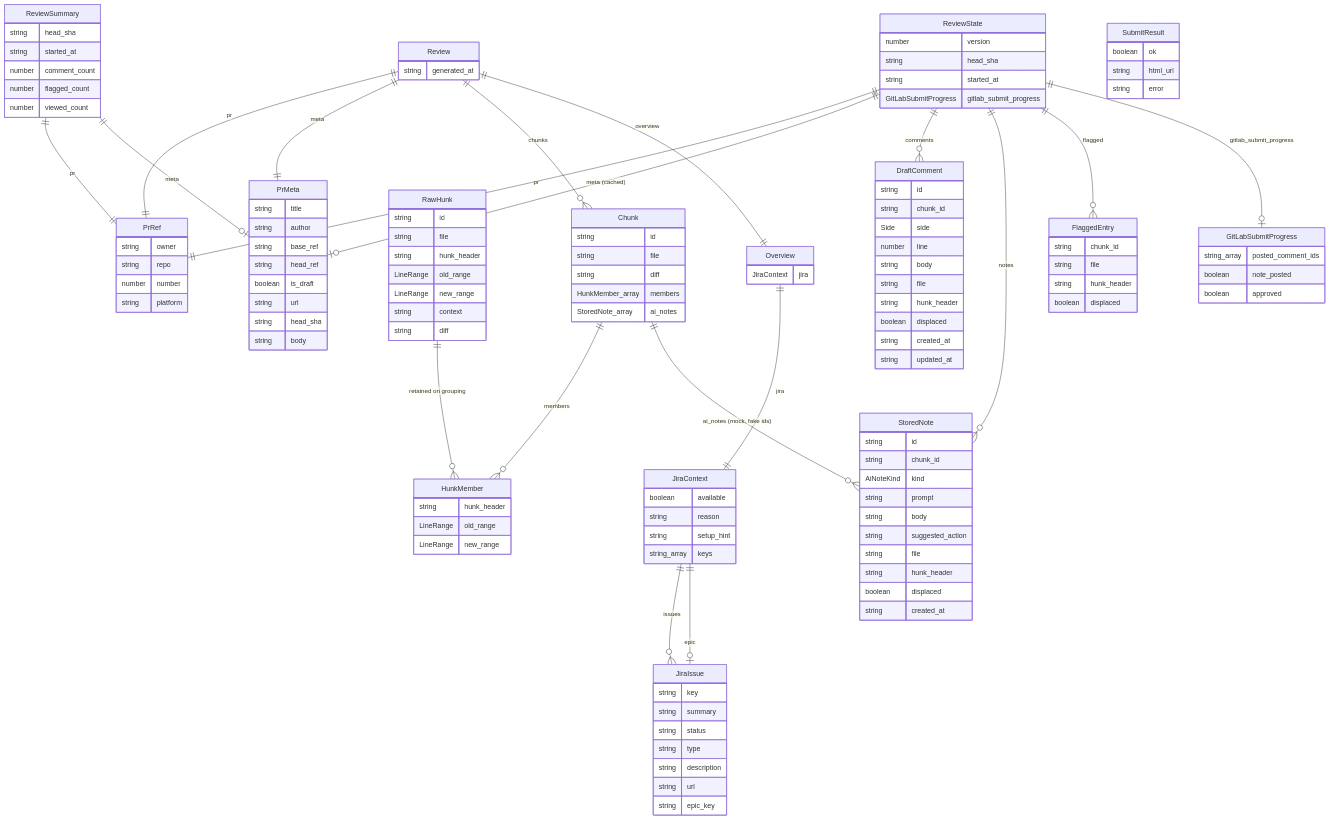
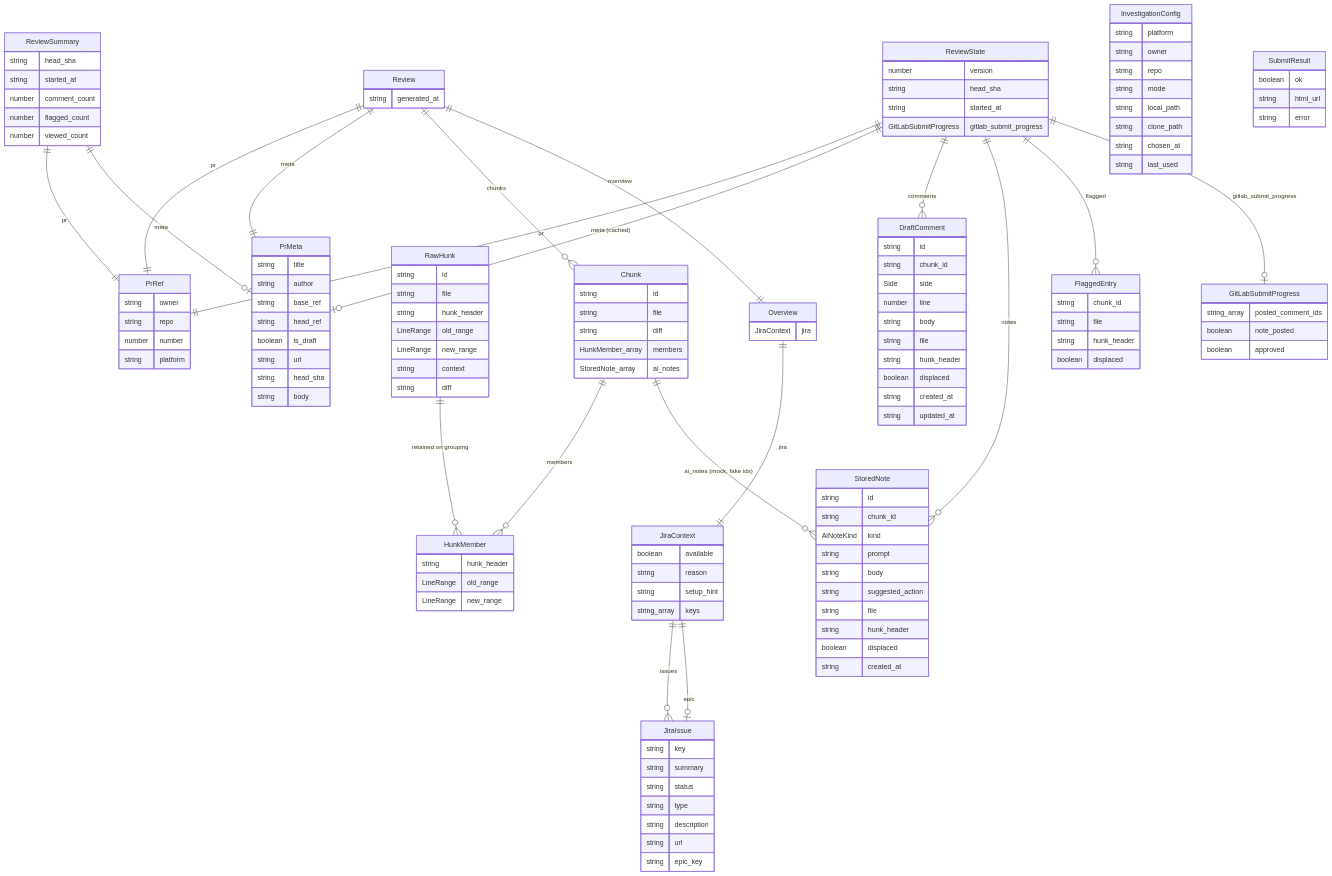
Before and after one commit to moui72/assisted-review: the first of 3 diagrams in README.md, drawn with Mermaid. The commit also changed other lines of this file and 4 other files, not shown here.

First line of the commit message:
docs(ardd): refresh Mermaid diagrams for datamodel/infrastructure/UI (#69)

```diff
--- a/README.md
+++ b/README.md
@@ -349,6 +349,16 @@
         number flagged_count
         number viewed_count
     }
+    InvestigationConfig {
+        string platform
+        string owner
+        string repo
+        string mode
+        string local_path
+        string clone_path
+        string chosen_at
+        string last_used
+    }
     SubmitResult {
         boolean ok
         string html_url
```
